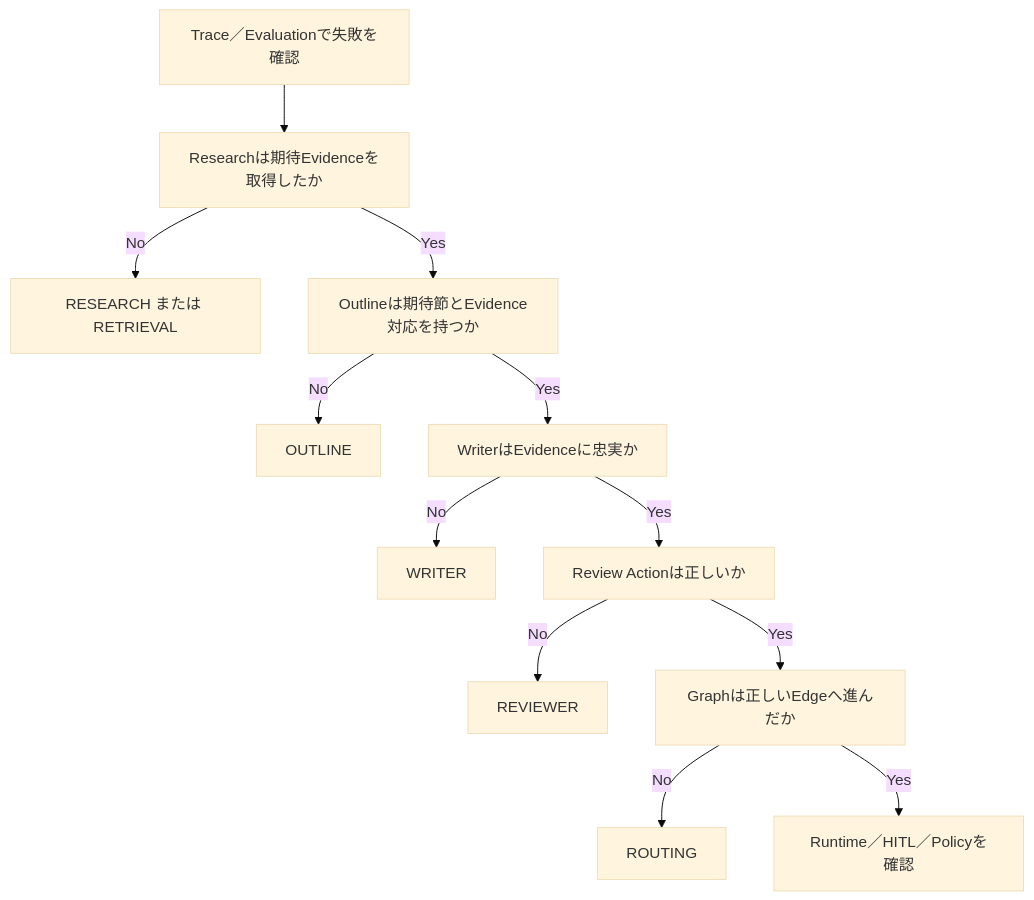
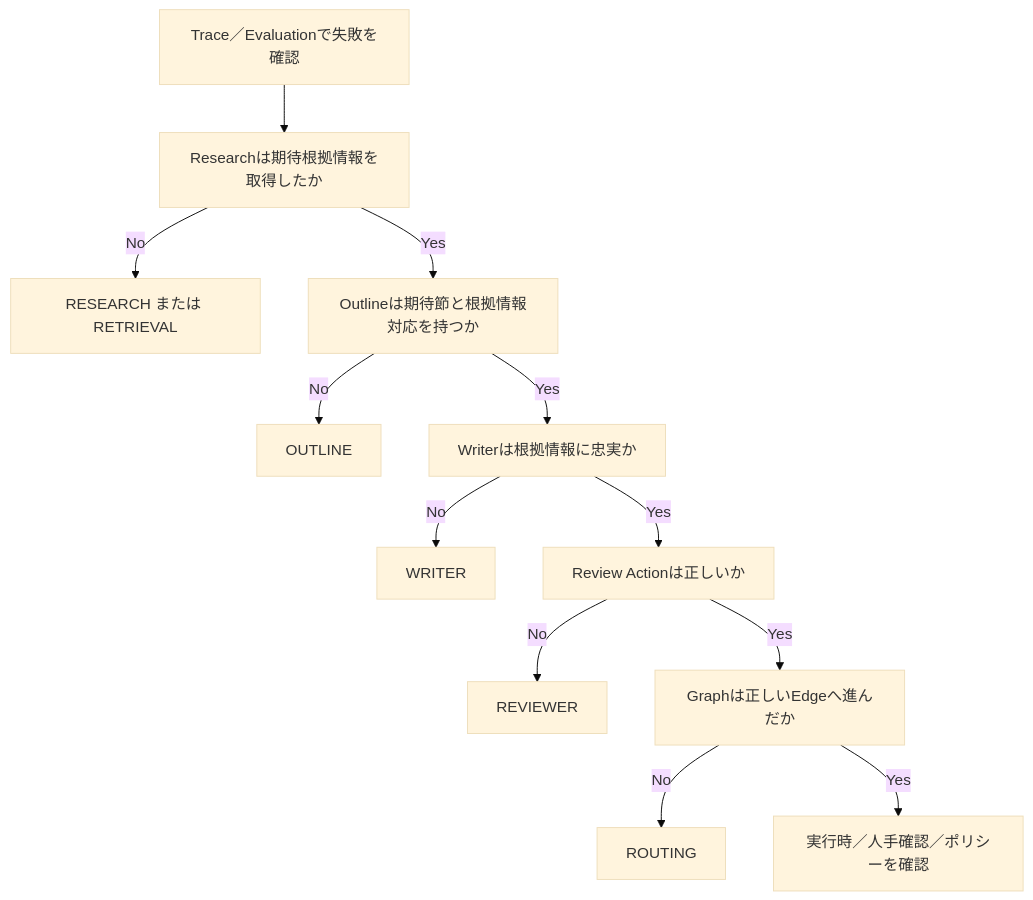
Before and after one commit to junTaniguchi/llm_ops: the ninth of 18 diagrams in 技術レポート作成マルチエージェント_完成版.md, drawn with Mermaid (base theme). The commit also changed other lines of this file, not shown here.

````diff
--- a/技術レポート作成マルチエージェント_完成版.md
+++ b/技術レポート作成マルチエージェント_完成版.md
@@ -2180,14 +2504,14 @@
 ```mermaid
 flowchart TD
-    T["Trace／Evaluationで失敗を確認"] --> R["Researchは期待Evidenceを取得したか"]
+    T["Trace／Evaluationで失敗を確認"] --> R["Researchは期待根拠情報を取得したか"]
     R -->|No| RC["RESEARCH または RETRIEVAL"]
-    R -->|Yes| O["Outlineは期待節とEvidence対応を持つか"]
+    R -->|Yes| O["Outlineは期待節と根拠情報対応を持つか"]
     O -->|No| OC["OUTLINE"]
-    O -->|Yes| W["WriterはEvidenceに忠実か"]
+    O -->|Yes| W["Writerは根拠情報に忠実か"]
     W -->|No| WC["WRITER"]
     W -->|Yes| V["Review Actionは正しいか"]
     V -->|No| VC["REVIEWER"]
     V -->|Yes| G["Graphは正しいEdgeへ進んだか"]
     G -->|No| GC["ROUTING"]
-    G -->|Yes| X["Runtime／HITL／Policyを確認"]
+    G -->|Yes| X["実行時／人手確認／ポリシーを確認"]
 ```
````
